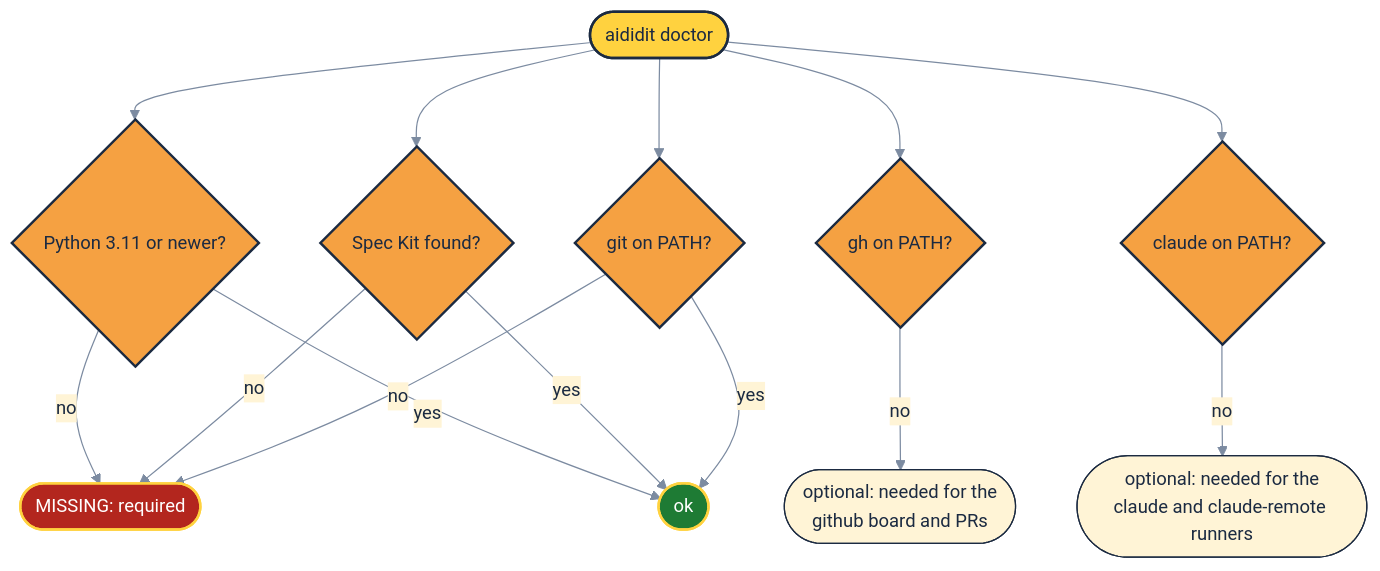
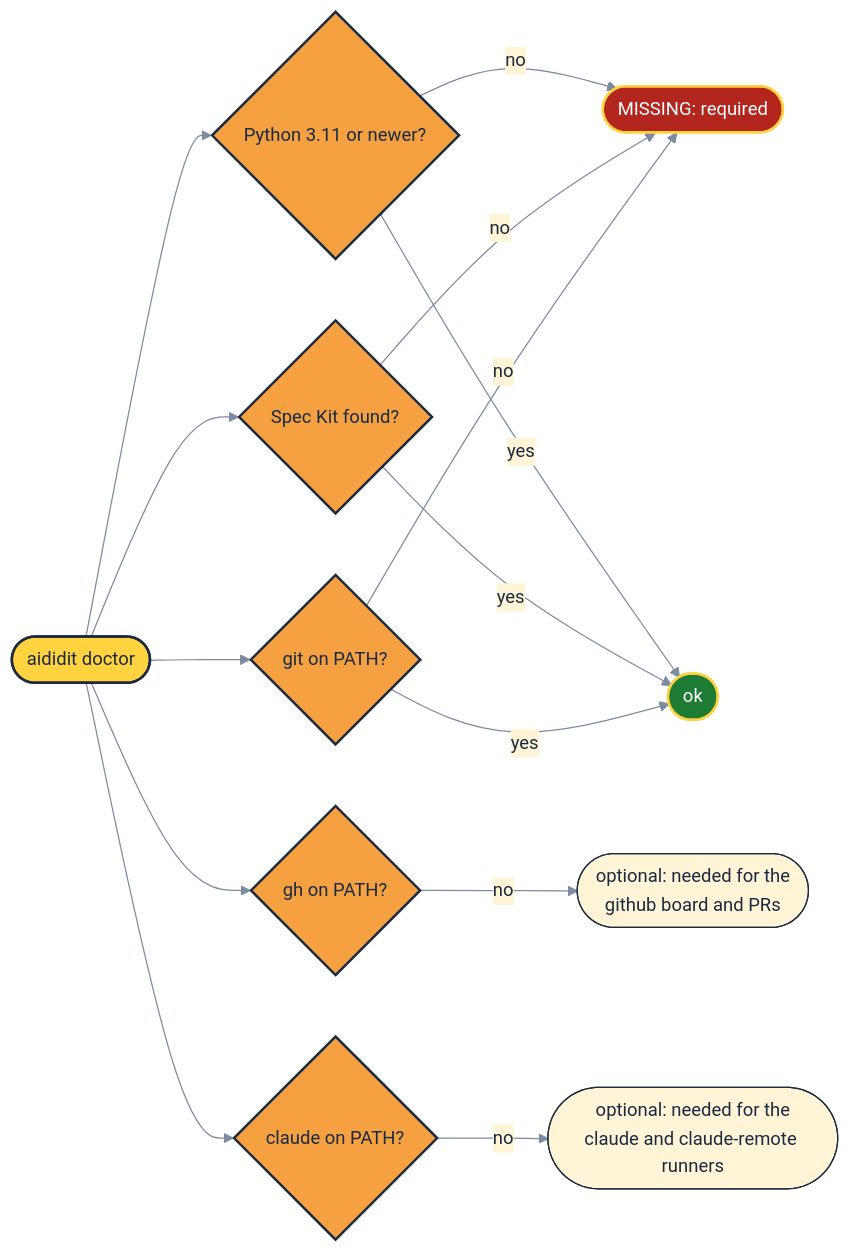
The fourth of 5 diagrams in docs/cli.md (RubberDuckEngineering/ai-did-it), drawn with Mermaid before and after one commit. The commit also changed other lines of this file and 16 other files, not shown here.

````diff
--- a/docs/cli.md
+++ b/docs/cli.md
@@ -115,22 +115,22 @@
 ```mermaid
-%%{init: {"theme": "base", "themeVariables": {"fontSize": "15px", "primaryColor": "#FFF4D6", "primaryTextColor": "#1B2A41", "primaryBorderColor": "#1B2A41", "textColor": "#1B2A41", "lineColor": "#7C8BA1", "edgeLabelBackground": "#FFF4D6", "clusterBkg": "#1B2A41", "clusterBorder": "#FFD23F", "titleColor": "#FFD23F"}}}%%
-flowchart TB
+%%{init: {"theme": "base", "themeVariables": {"fontSize": "15px", "primaryColor": "#FFF4D6", "primaryTextColor": "#1B2A41", "primaryBorderColor": "#1B2A41", "textColor": "#1B2A41", "lineColor": "#7C8BA1", "edgeLabelBackground": "#FFF4D6", "clusterBkg": "#1B2A41", "clusterBorder": "#FFD23F", "titleColor": "#FFD23F"}, "flowchart": {"diagramPadding": 8}}}%%
+flowchart LR
     D(["aididit doctor"]):::duck --> PY{"Python 3.11 or newer?"}:::gate
     D --> SPK{"Spec Kit found?"}:::gate
     D --> GIT{"git on PATH?"}:::gate
     D --> GH{"gh on PATH?"}:::gate
     D --> CLA{"claude on PATH?"}:::gate
     PY -->|"no"| MISS(["MISSING: required"]):::stop
     SPK -->|"no"| MISS
     GIT -->|"no"| MISS
     GH -->|"no"| OPT(["optional: needed for the<br/>github board and PRs"]):::note
     CLA -->|"no"| OPT2(["optional: needed for the<br/>claude and claude-remote runners"]):::note
     PY -->|"yes"| OK(["ok"]):::ok
     SPK -->|"yes"| OK
     GIT -->|"yes"| OK
     classDef duck fill:#FFD23F,color:#1B2A41,stroke:#1B2A41,stroke-width:2px
     classDef gate fill:#F5A142,color:#1B2A41,stroke:#1B2A41,stroke-width:2px
     classDef stop fill:#B3261E,color:#FFFFFF,stroke:#FFD23F,stroke-width:2px
     classDef ok fill:#1E7B34,color:#FFFFFF,stroke:#FFD23F,stroke-width:2px
     classDef note fill:#FFF4D6,color:#1B2A41,stroke:#1B2A41,stroke-width:1px
 ```
````
